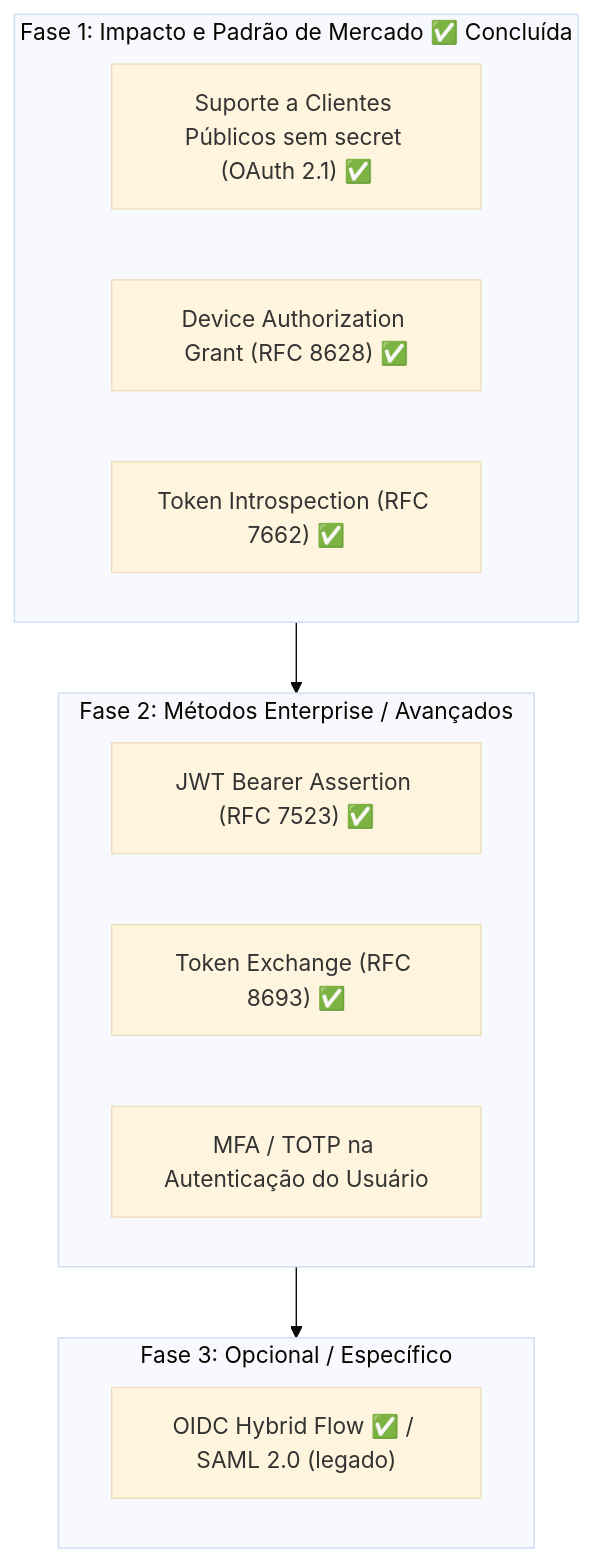
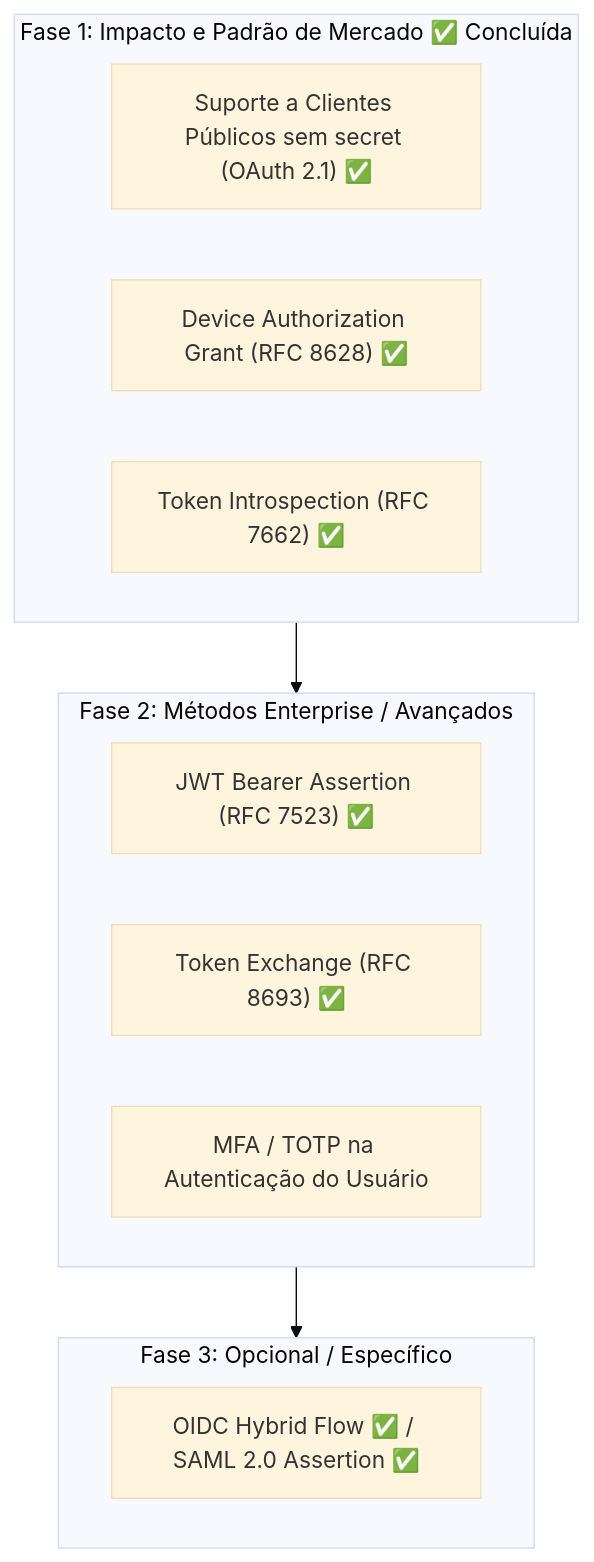
The first of 3 diagrams in docs/ANALISE_METODOS_AUTENTICACAO.md (mvdfreitas/php-oauth), drawn with Mermaid (base theme) before and after one commit. The commit also changed other lines of this file and 3 other files, not shown here.

Commit message:
feat: implantacao do metodo saml 2.0 assertion

````diff
--- a/docs/ANALISE_METODOS_AUTENTICACAO.md
+++ b/docs/ANALISE_METODOS_AUTENTICACAO.md
@@ -86,20 +86,20 @@
 ```mermaid
 flowchart TD
     subgraph Fase1["Fase 1: Impacto e Padrão de Mercado ✅ Concluída"]
         C["Suporte a Clientes Públicos sem secret (OAuth 2.1) ✅"]
         C2["Device Authorization Grant (RFC 8628) ✅"]
         C3["Token Introspection (RFC 7662) ✅"]
     end
 
     subgraph Fase2["Fase 2: Métodos Enterprise / Avançados"]
         D["JWT Bearer Assertion (RFC 7523) ✅"]
         D2["Token Exchange (RFC 8693) ✅"]
         E["MFA / TOTP na Autenticação do Usuário"]
     end
 
     subgraph Fase3["Fase 3: Opcional / Específico"]
-        G["OIDC Hybrid Flow ✅ / SAML 2.0 (legado)"]
+        G["OIDC Hybrid Flow ✅ / SAML 2.0 Assertion ✅"]
     end
 
     Fase1 --> Fase2 --> Fase3
 ```
````
